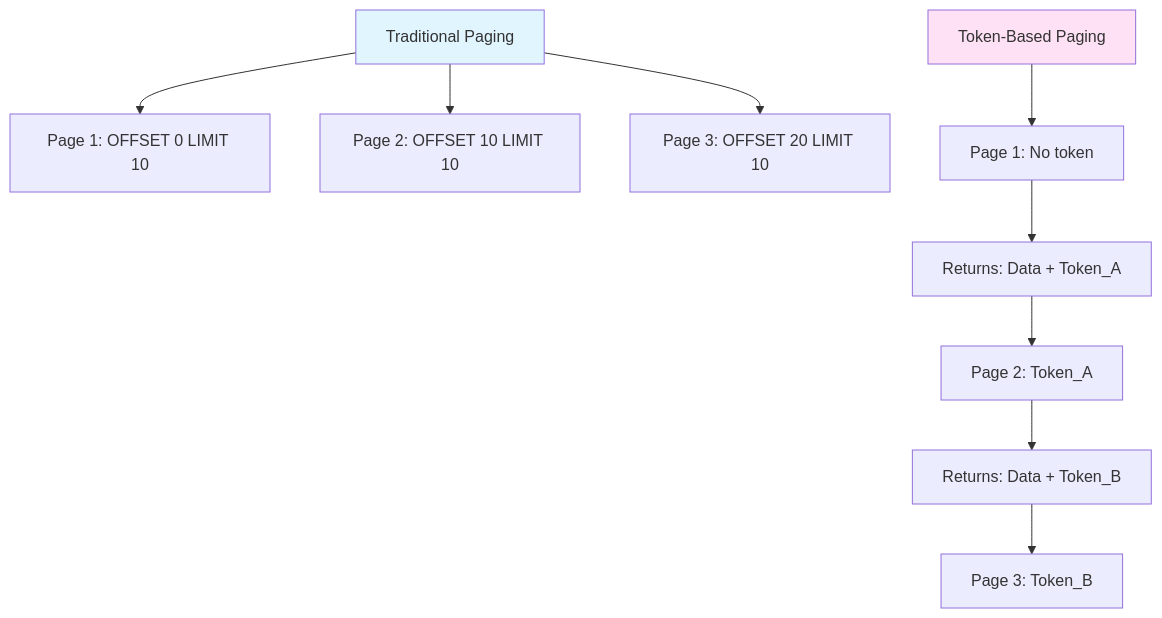
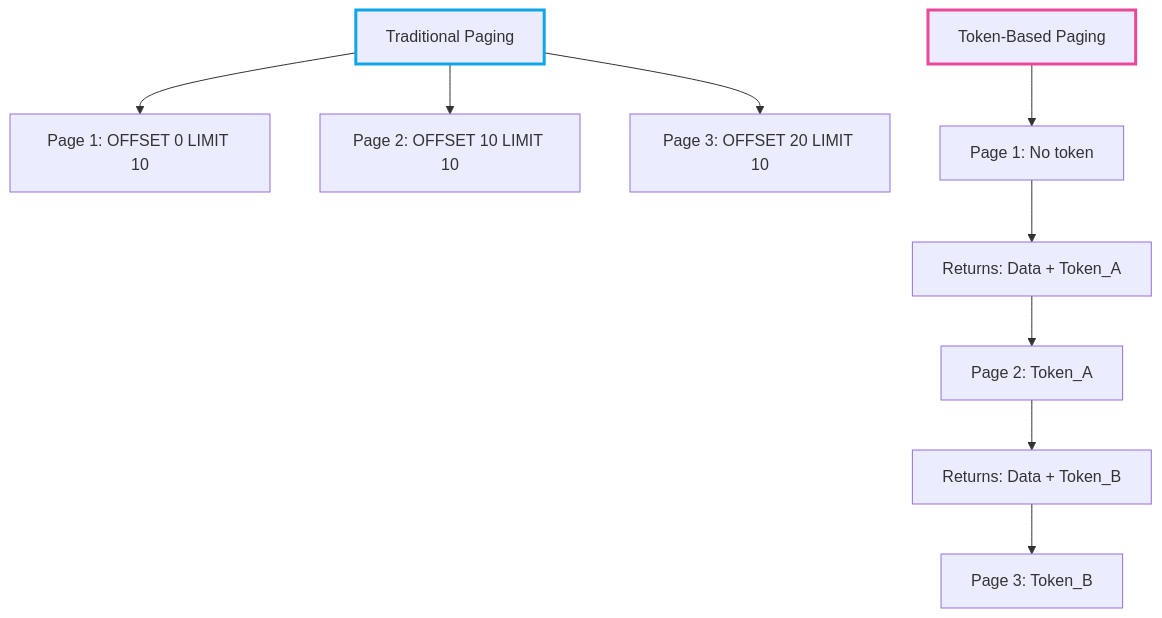
One commit to Shaddix/mostlylucidweb changed the first of 3 diagrams in Mostlylucid/Markdown/pagingtaghelper1.md. Above: the diagram before and after it, drawn with Mermaid. The commit also changed 11 other files, not shown here.

First line of the commit message:
update: replace background fills with stroke styling in Mermaid diagrams

````diff
--- a/Mostlylucid/Markdown/pagingtaghelper1.md
+++ b/Mostlylucid/Markdown/pagingtaghelper1.md
@@ -38,15 +38,15 @@
 ```mermaid
 graph TD
     A[Traditional Paging] --> B[Page 1: OFFSET 0 LIMIT 10]
     A --> C[Page 2: OFFSET 10 LIMIT 10]
     A --> D[Page 3: OFFSET 20 LIMIT 10]
 
     E[Token-Based Paging] --> F[Page 1: No token]
     F --> G[Returns: Data + Token_A]
     G --> H[Page 2: Token_A]
     H --> I[Returns: Data + Token_B]
     I --> J[Page 3: Token_B]
 
-    style A fill:#e1f5ff
-    style E fill:#ffe1f5
+    style A stroke:#0ea5e9,stroke-width:3px
+    style E stroke:#ec4899,stroke-width:3px
 ```
````
